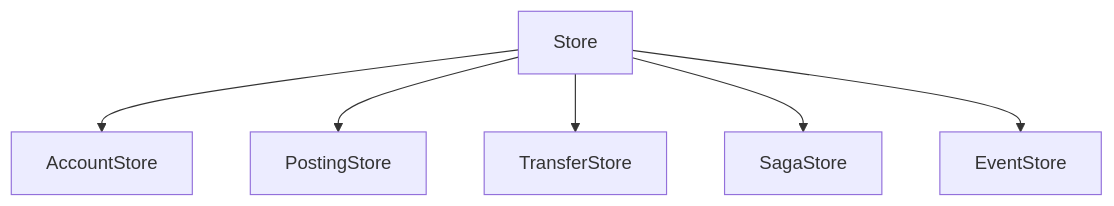
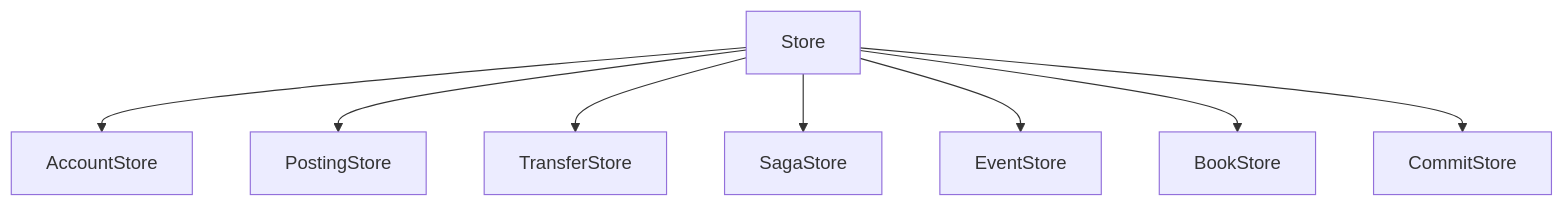
One commit to crodas/kuatia changed the fourth of 5 diagrams in doc/crates.md. Above: the diagram before and after it, drawn with Mermaid. The commit also changed other lines of this file and 30 other files, not shown here.

````diff
--- a/doc/crates.md
+++ b/doc/crates.md
@@ -164,8 +167,10 @@
 ```mermaid
 graph TB
     Store --> AccountStore
     Store --> PostingStore
     Store --> TransferStore
     Store --> SagaStore
     Store --> EventStore
+    Store --> BookStore
+    Store --> CommitStore
 ```
````
